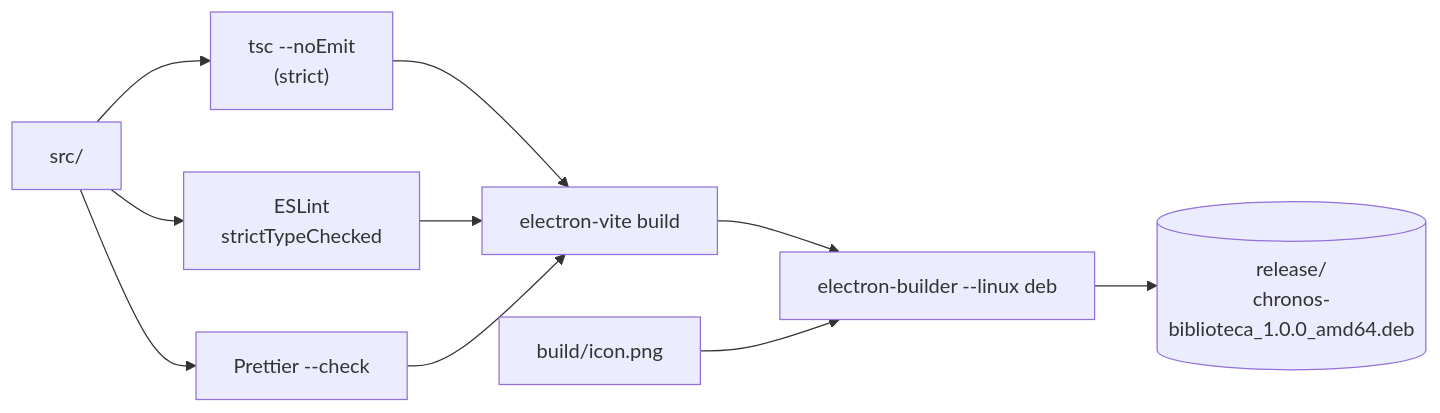
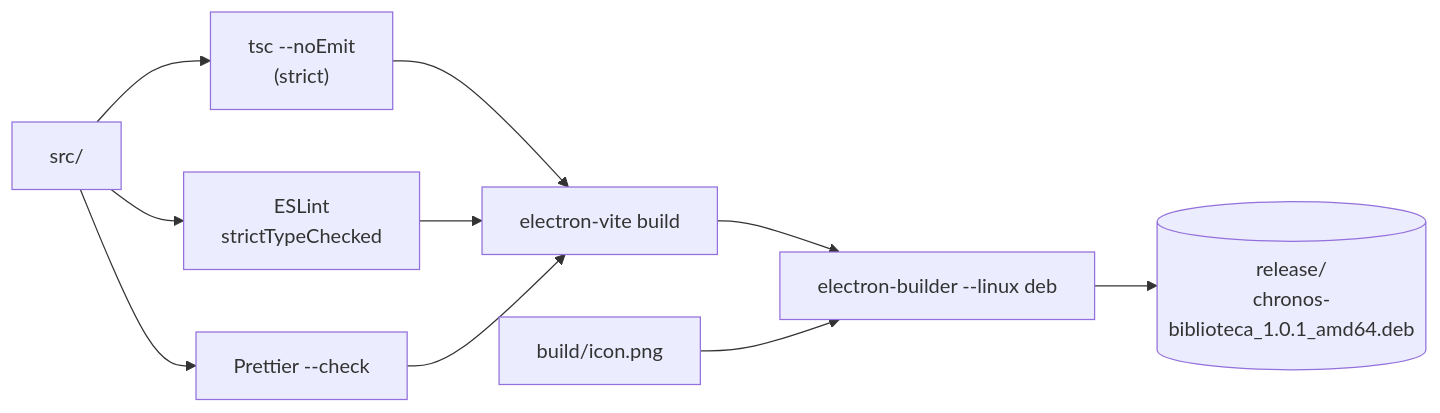
Before and after one commit to chronos-atalante/chronos-biblioteca: the fourth of 5 diagrams in README.md, drawn with Mermaid. The commit also changed other lines of this file and 4 other files, not shown here.

````diff
--- a/README.md
+++ b/README.md
@@ -289,12 +289,12 @@
 ```mermaid
 flowchart LR
     SRC["src/"] --> TSC["tsc --noEmit<br/>(strict)"]
     SRC --> ESL["ESLint<br/>strictTypeChecked"]
     SRC --> PRT["Prettier --check"]
     TSC --> VITE["electron-vite build"]
     ESL --> VITE
     PRT --> VITE
     VITE --> EB["electron-builder --linux deb"]
     ICON["build/icon.png"] --> EB
-    EB --> DEB[("release/<br/>chronos-biblioteca_1.0.0_amd64.deb")]
+    EB --> DEB[("release/<br/>chronos-biblioteca_1.0.1_amd64.deb")]
 ```
````
